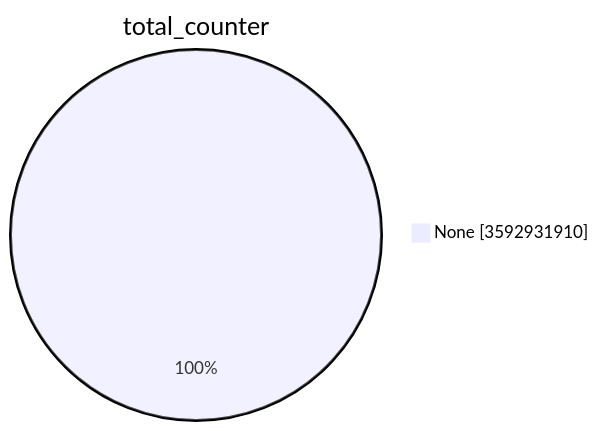
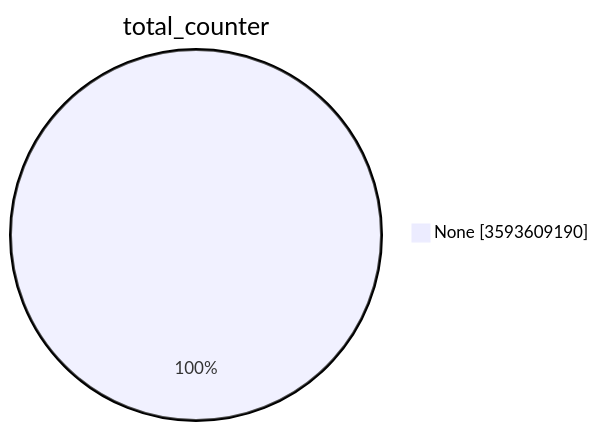
One commit to christiankrug/ctmonitor_visualization changed the first of 15 diagrams in TOTAL/README.md. Above: the diagram before and after it, drawn with Mermaid. The commit also changed other lines of this file, not shown here.

````diff
--- a/TOTAL/README.md
+++ b/TOTAL/README.md
@@ -1,5 +1,5 @@
 ```mermaid
 pie showData
 title total_counter
-"None" :3592931910
+"None" :3593609190
 ```
````
